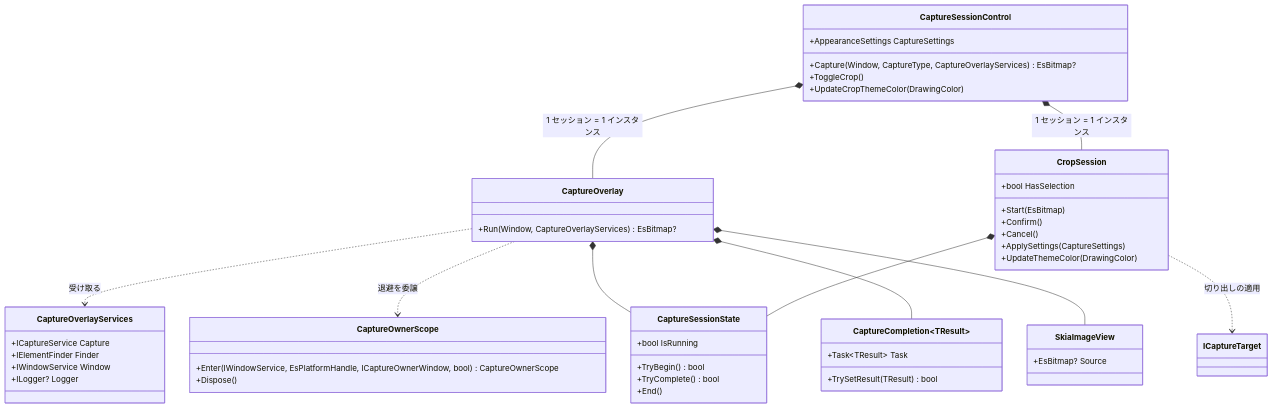
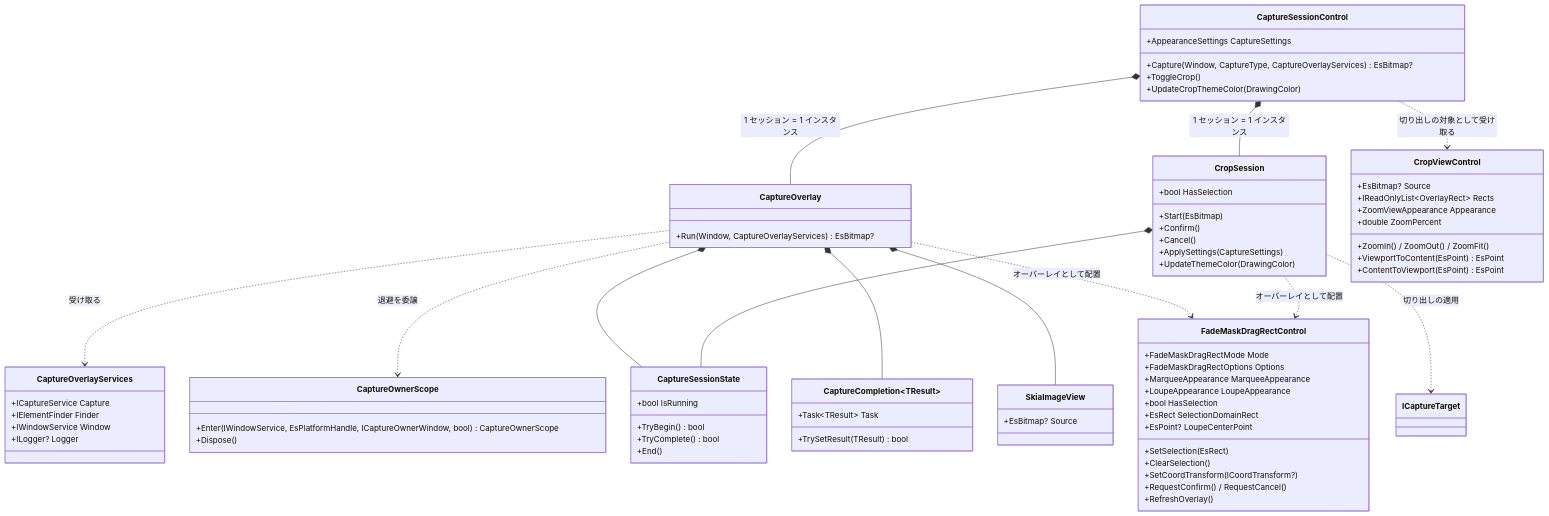
The first of 2 diagrams in src/CaptureSessionControl.MewUI/SPEC_System.md (tomokuni/SaveEvidence), drawn with Mermaid before and after one commit. The commit also changed other lines of this file and 20 other files, not shown here.

````diff
--- a/src/CaptureSessionControl.MewUI/SPEC_System.md
+++ b/src/CaptureSessionControl.MewUI/SPEC_System.md
@@ -67,52 +72,78 @@
 ```mermaid
 classDiagram
     class CaptureSessionControl {
         +Capture(Window, CaptureType, CaptureOverlayServices) EsBitmap?
         +ToggleCrop()
         +AppearanceSettings CaptureSettings
         +UpdateCropThemeColor(DrawingColor)
     }
     class CaptureOverlay {
         +Run(Window, CaptureOverlayServices) EsBitmap?
     }
     class CropSession {
         +bool HasSelection
         +Start(EsBitmap)
         +Confirm()
         +Cancel()
         +ApplySettings(CaptureSettings)
         +UpdateThemeColor(DrawingColor)
     }
     class CaptureOverlayServices {
         +ICaptureService Capture
         +IElementFinder Finder
         +IWindowService Window
         +ILogger? Logger
     }
     class CaptureOwnerScope {
         +Enter(IWindowService, EsPlatformHandle, ICaptureOwnerWindow, bool) CaptureOwnerScope
         +Dispose()
     }
     class CaptureSessionState {
         +bool IsRunning
         +TryBegin() bool
         +TryComplete() bool
         +End()
     }
     class CaptureCompletion~TResult~ {
         +Task~TResult~ Task
         +TrySetResult(TResult) bool
     }
     class SkiaImageView {
         +EsBitmap? Source
     }
+    class CropViewControl {
+        +EsBitmap? Source
+        +IReadOnlyList~OverlayRect~ Rects
+        +ZoomViewAppearance Appearance
+        +double ZoomPercent
+        +ZoomIn() / ZoomOut() / ZoomFit()
+        +ViewportToContent(EsPoint) EsPoint
+        +ContentToViewport(EsPoint) EsPoint
+    }
+    class FadeMaskDragRectControl {
+        +FadeMaskDragRectMode Mode
+        +FadeMaskDragRectOptions Options
+        +MarqueeAppearance MarqueeAppearance
+        +LoupeAppearance LoupeAppearance
+        +bool HasSelection
+        +EsRect SelectionDomainRect
+        +EsPoint? LoupeCenterPoint
+        +SetSelection(EsRect)
+        +ClearSelection()
+        +SetCoordTransform(ICoordTransform?)
+        +RequestConfirm() / RequestCancel()
+        +RefreshOverlay()
+    }
     CaptureSessionControl *-- CaptureOverlay : 1 セッション = 1 インスタンス
     CaptureSessionControl *-- CropSession : 1 セッション = 1 インスタンス
+    CaptureSessionControl ..> CropViewControl : 切り出しの対象として受け取る
     CaptureOverlay ..> CaptureOverlayServices : 受け取る
     CaptureOverlay ..> CaptureOwnerScope : 退避を委譲
     CaptureOverlay *-- CaptureSessionState
     CaptureOverlay *-- CaptureCompletion~TResult~
     CaptureOverlay *-- SkiaImageView
+    CaptureOverlay ..> FadeMaskDragRectControl : オーバーレイとして配置
     CropSession *-- CaptureSessionState
+    CropSession ..> FadeMaskDragRectControl : オーバーレイとして配置
     CropSession ..> ICaptureTarget : 切り出しの適用
 ```
````
